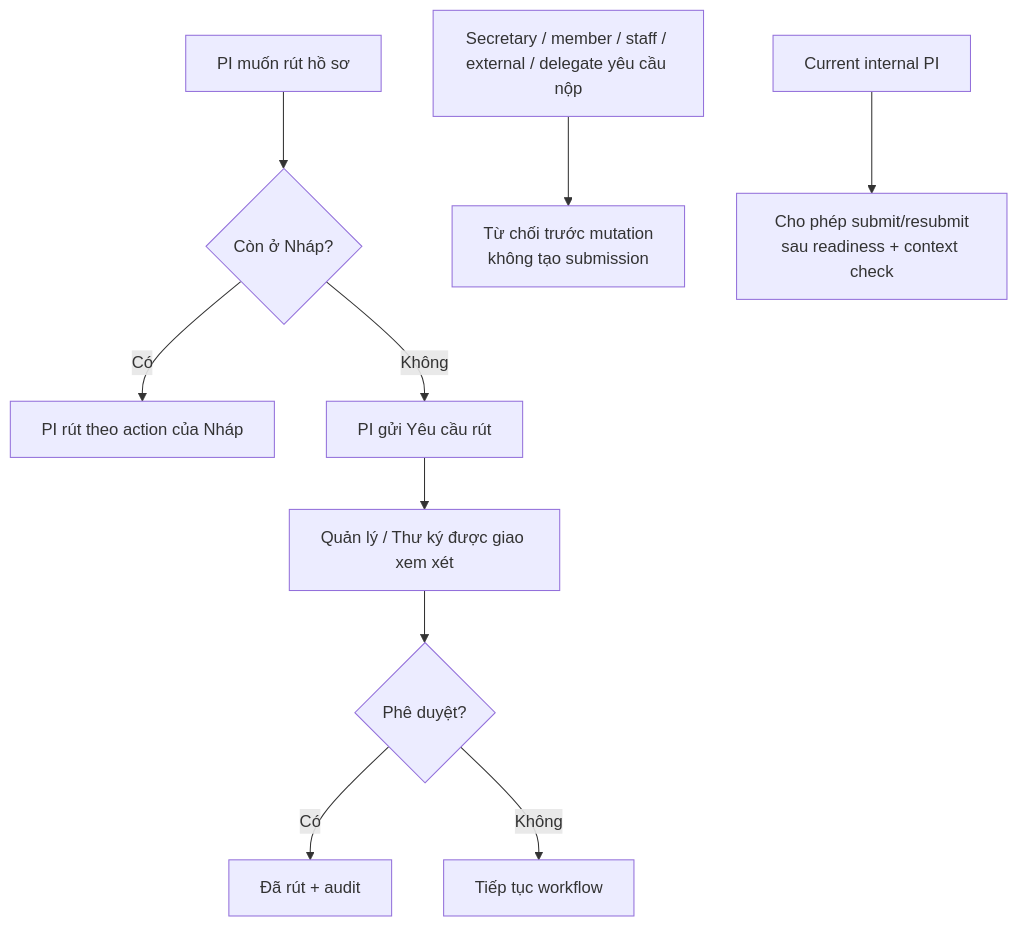
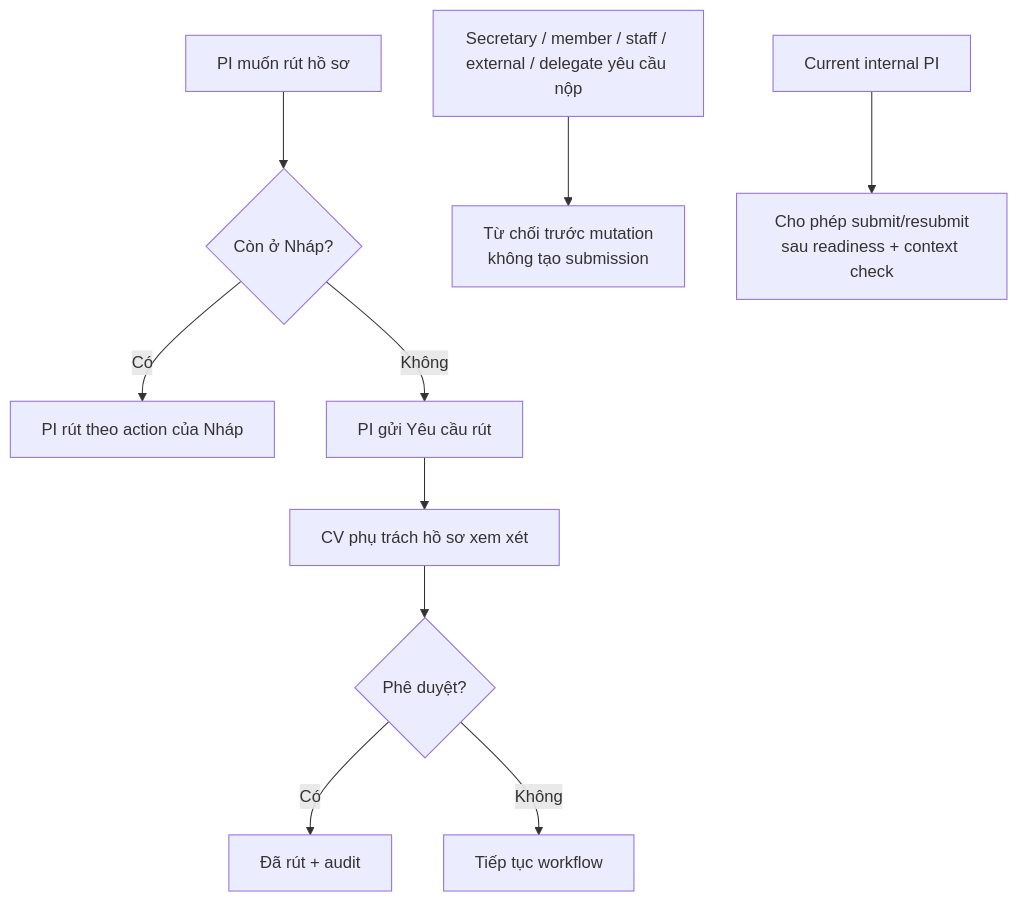
The sixth of 10 diagrams in docs/user-flows.md (thanhdotien278/DocManS), drawn with Mermaid before and after one commit. The commit also changed other lines of this file and 7 other files, not shown here.

````diff
--- a/docs/user-flows.md
+++ b/docs/user-flows.md
@@ -232,12 +232,12 @@
 ```mermaid
 flowchart TD
   withdraw_start["PI muốn rút hồ sơ"] --> draft_state{"Còn ở Nháp?"}
   draft_state -- "Có" --> withdraw_now["PI rút theo action của Nháp"]
   draft_state -- "Không" --> withdraw_request["PI gửi Yêu cầu rút"]
-  withdraw_request --> withdraw_review["Quản lý / Thư ký được giao xem xét"]
+  withdraw_request --> withdraw_review["CV phụ trách hồ sơ xem xét"]
   withdraw_review --> withdraw_decision{"Phê duyệt?"}
   withdraw_decision -- "Có" --> withdrawn["Đã rút + audit"]
   withdraw_decision -- "Không" --> continue["Tiếp tục workflow"]
   non_pi["Secretary / member / staff / external / delegate yêu cầu nộp"] --> denied["Từ chối trước mutation<br/>không tạo submission"]
   pi_only["Current internal PI"] --> submit_allowed["Cho phép submit/resubmit<br/>sau readiness + context check"]
 ```
````
